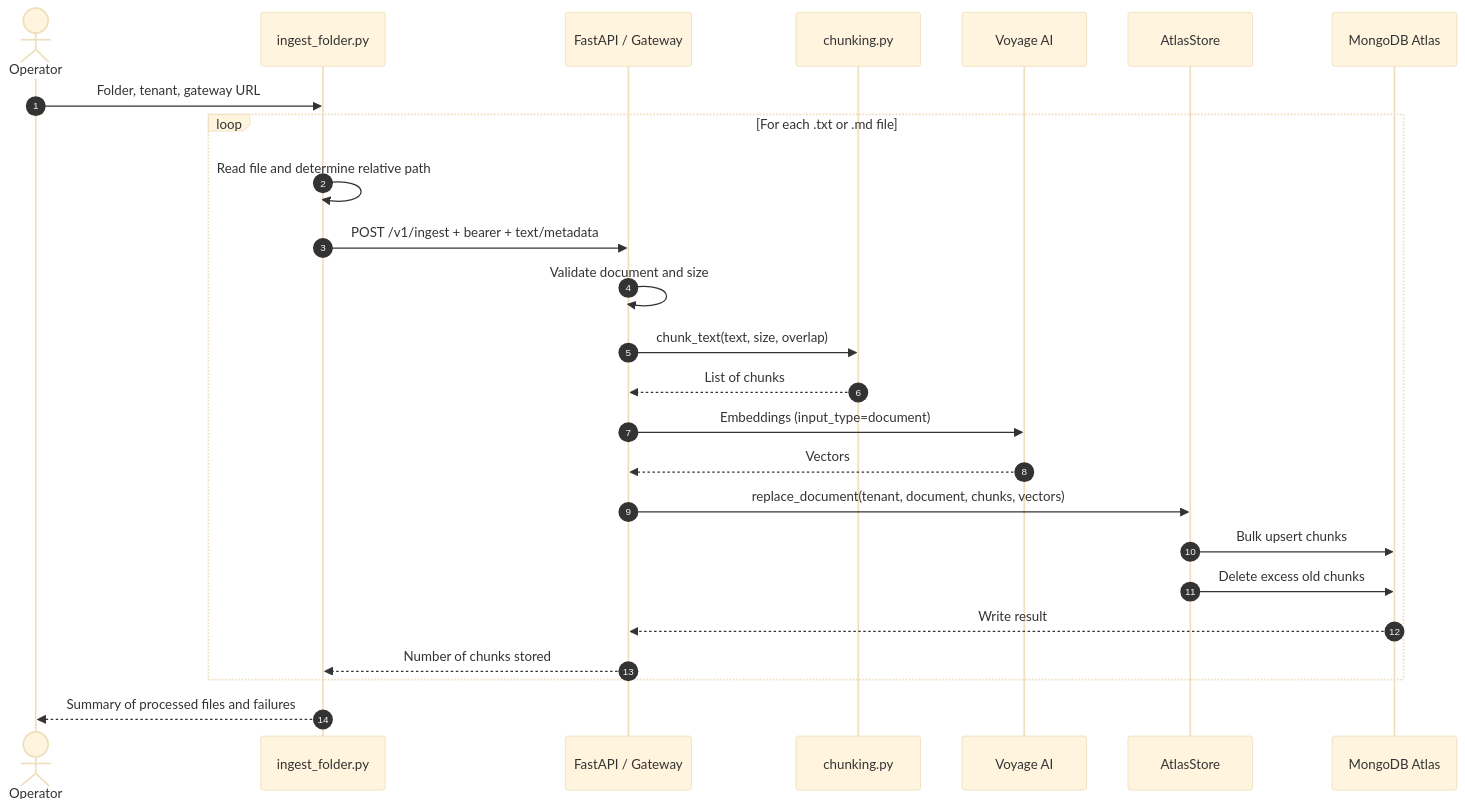
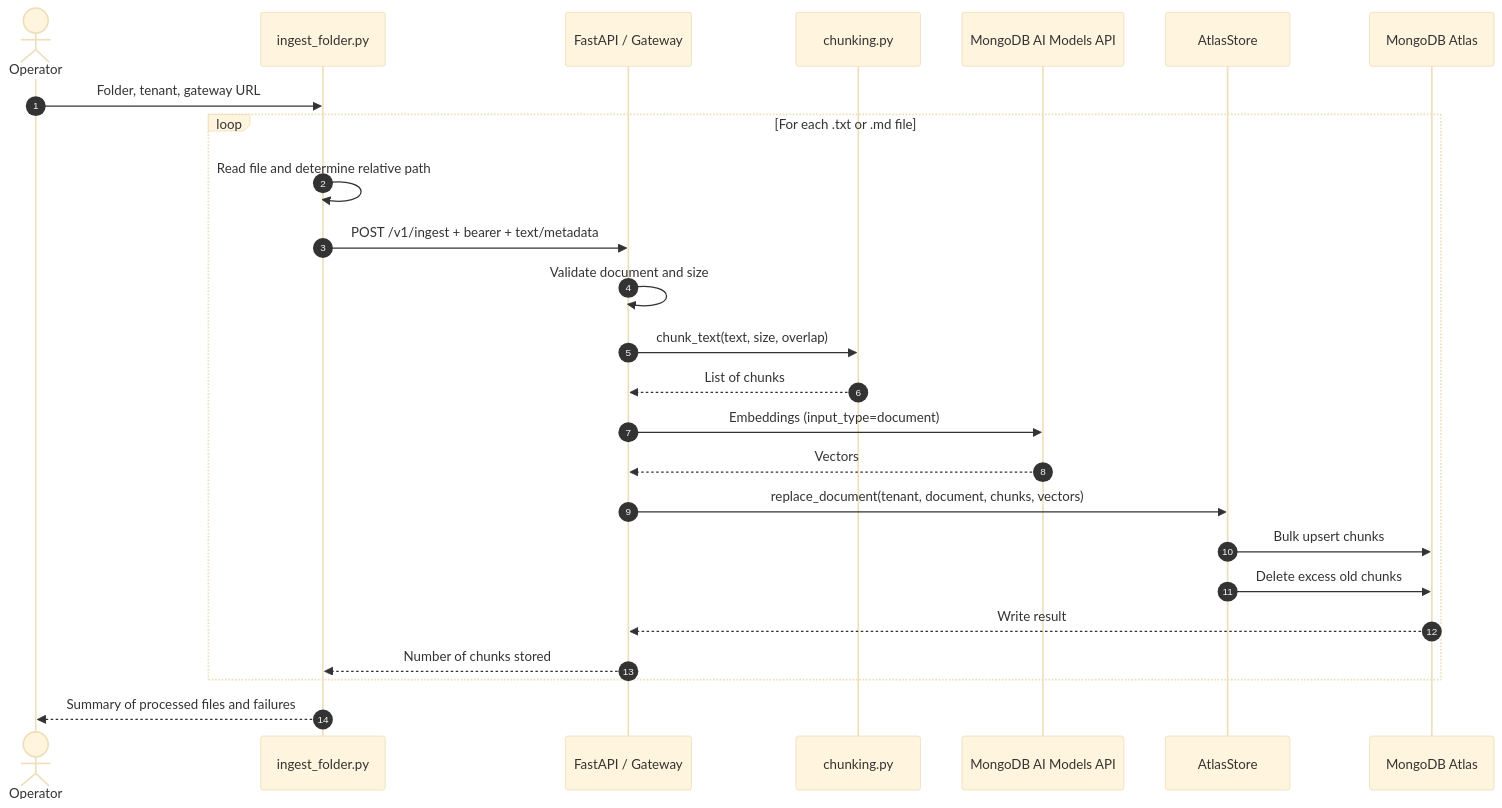
The second of 3 diagrams in docs/beginner-guide-rag-gateway.md (vthinsel/RAG_Gateway), drawn with Mermaid (base theme) before and after one commit. The commit also changed other lines of this file and 13 other files, not shown here.

Commit message:
mongo/voyage credentials and endpoints reviewed

````diff
--- a/docs/beginner-guide-rag-gateway.md
+++ b/docs/beginner-guide-rag-gateway.md
@@ -113,28 +113,28 @@
 ```mermaid
 sequenceDiagram
     autonumber
     actor Operator
     participant Script as ingest_folder.py
     participant API as FastAPI / Gateway
     participant Chunker as chunking.py
-    participant Voyage as Voyage AI
+    participant Voyage as MongoDB AI Models API
     participant Store as AtlasStore
     participant Atlas as MongoDB Atlas
 
     Operator->>Script: Folder, tenant, gateway URL
     loop For each .txt or .md file
         Script->>Script: Read file and determine relative path
         Script->>API: POST /v1/ingest + bearer + text/metadata
         API->>API: Validate document and size
         API->>Chunker: chunk_text(text, size, overlap)
         Chunker-->>API: List of chunks
         API->>Voyage: Embeddings (input_type=document)
         Voyage-->>API: Vectors
         API->>Store: replace_document(tenant, document, chunks, vectors)
         Store->>Atlas: Bulk upsert chunks
         Store->>Atlas: Delete excess old chunks
         Atlas-->>API: Write result
         API-->>Script: Number of chunks stored
     end
     Script-->>Operator: Summary of processed files and failures
 ```
````
